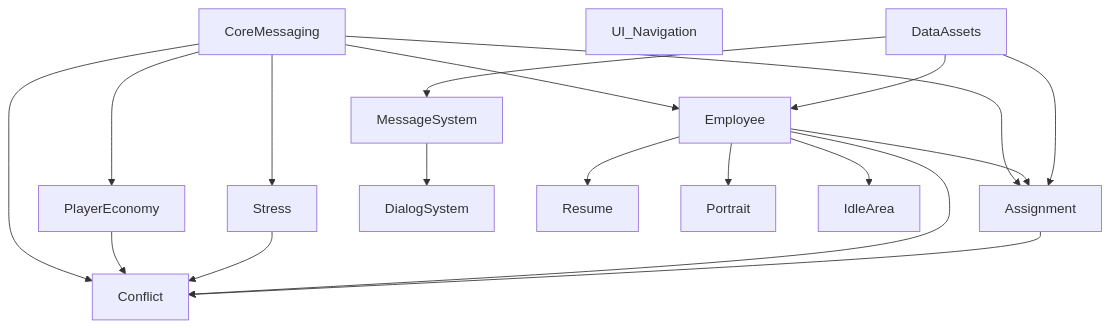
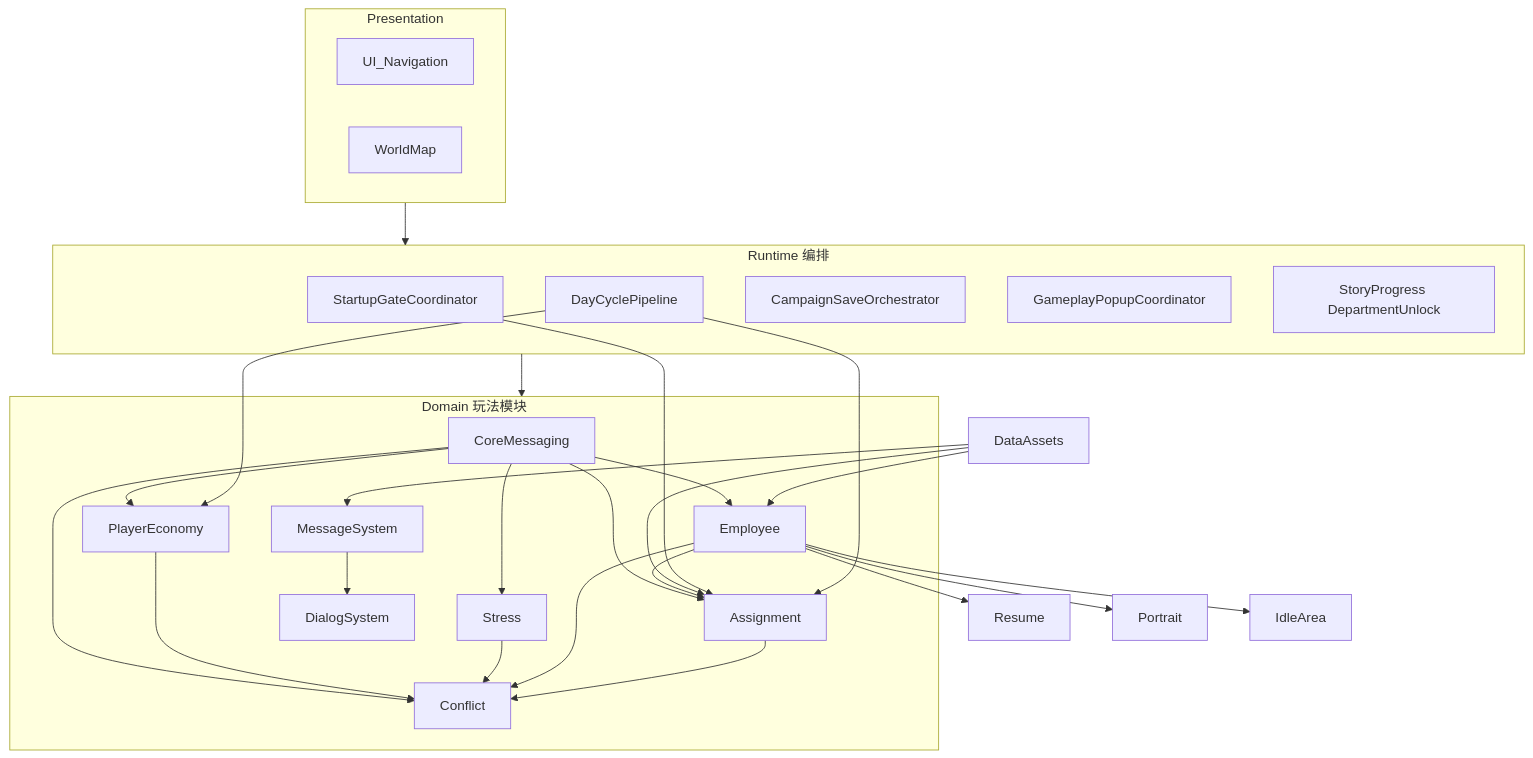
Before and after one commit to Estrella6066773/Shenrenshibu: the second of 2 diagrams in Docs/03-程序设计/01-架构总览/核心系统与核心循环.md, drawn with Mermaid. The commit also changed other lines of this file and 15 other files, not shown here.

````diff
--- a/Docs/03-程序设计/01-架构总览/核心系统与核心循环.md
+++ b/Docs/03-程序设计/01-架构总览/核心系统与核心循环.md
@@ -45,30 +45,47 @@
 ```mermaid
 flowchart TB
-  CORE[CoreMessaging]
-  PES[PlayerEconomy]
-  EMP[Employee]
-  ASG[Assignment]
-  STR[Stress]
-  CNF[Conflict]
-  MSG[MessageSystem]
-  DLG[DialogSystem]
+  subgraph presentation [Presentation]
+    NAV[UI_Navigation]
+    MAP[WorldMap]
+  end
+  subgraph runtime [Runtime 编排]
+    GATE[StartupGateCoordinator]
+    DAY[DayCyclePipeline]
+    SAVE[CampaignSaveOrchestrator]
+    SHELL[GameplayPopupCoordinator]
+    PROG[StoryProgress DepartmentUnlock]
+  end
+  subgraph domain [Domain 玩法模块]
+    CORE[CoreMessaging]
+    PES[PlayerEconomy]
+    EMP[Employee]
+    ASG[Assignment]
+    STR[Stress]
+    CNF[Conflict]
+    MSG[MessageSystem]
+    DLG[DialogSystem]
+  end
+  presentation --> runtime
+  runtime --> domain
   CORE --> PES
   CORE --> EMP
   CORE --> ASG
   CORE --> STR
   CORE --> CNF
   PES --> CNF
   STR --> CNF
   EMP --> ASG
   EMP --> CNF
   ASG --> CNF
   MSG --> DLG
   EMP --> RSM[Resume]
   EMP --> POR[Portrait]
   EMP --> IDL[IdleArea]
-  NAV[UI_Navigation]
   DAT[DataAssets]
   DAT --> EMP
   DAT --> MSG
   DAT --> ASG
+  GATE --> ASG
+  DAY --> PES
+  DAY --> ASG
 ```
````
